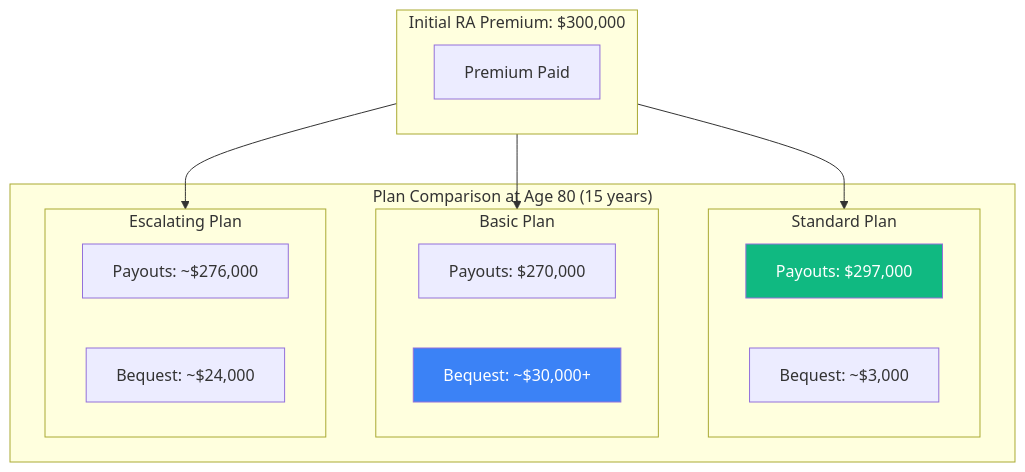
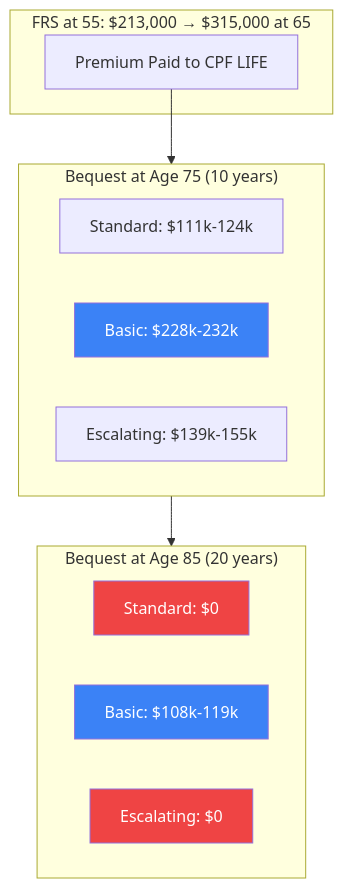
Diagram 12 of 14 in specs/cpf-backend-integration.md (jcleow/wealthproject), drawn with Mermaid before and after one commit. The commit also changed other lines of this file, not shown here.

First line of the commit message:
fix(spec): correct CPF LIFE payout and bequest calculations

````diff
--- a/specs/cpf-backend-integration.md
+++ b/specs/cpf-backend-integration.md
@@ -764,31 +813,26 @@
 ```mermaid
 flowchart TB
-    subgraph Premium["Initial RA Premium: $300,000"]
-        direction LR
-        PREM[Premium Paid]
+    subgraph Premium["FRS at 55: $213,000 → $315,000 at 65"]
+        PREM[Premium Paid to CPF LIFE]
     end
 
-    subgraph Plans["Plan Comparison at Age 80 (15 years)"]
-        subgraph Standard["Standard Plan"]
-            S_PAY["Payouts: $297,000"]
-            S_BEQ["Bequest: ~$3,000"]
-        end
-
-        subgraph Basic["Basic Plan"]
-            B_PAY["Payouts: $270,000"]
-            B_BEQ["Bequest: ~$30,000+"]
-        end
-
-        subgraph Escalating["Escalating Plan"]
-            E_PAY["Payouts: ~$276,000"]
-            E_BEQ["Bequest: ~$24,000"]
-        end
+    subgraph Age75["Bequest at Age 75 (10 years)"]
+        S75["Standard: $111k-124k"]
+        B75["Basic: $228k-232k"]
+        E75["Escalating: $139k-155k"]
     end
 
-    PREM --> Standard
-    PREM --> Basic
-    PREM --> Escalating
+    subgraph Age85["Bequest at Age 85 (20 years)"]
+        S85["Standard: $0"]
+        B85["Basic: $108k-119k"]
+        E85["Escalating: $0"]
+    end
 
-    style S_PAY fill:#10B981,color:#fff
-    style B_BEQ fill:#3B82F6,color:#fff
+    PREM --> Age75
+    Age75 --> Age85
+
+    style B75 fill:#3B82F6,color:#fff
+    style B85 fill:#3B82F6,color:#fff
+    style S85 fill:#ef4444,color:#fff
+    style E85 fill:#ef4444,color:#fff
 ```
````
